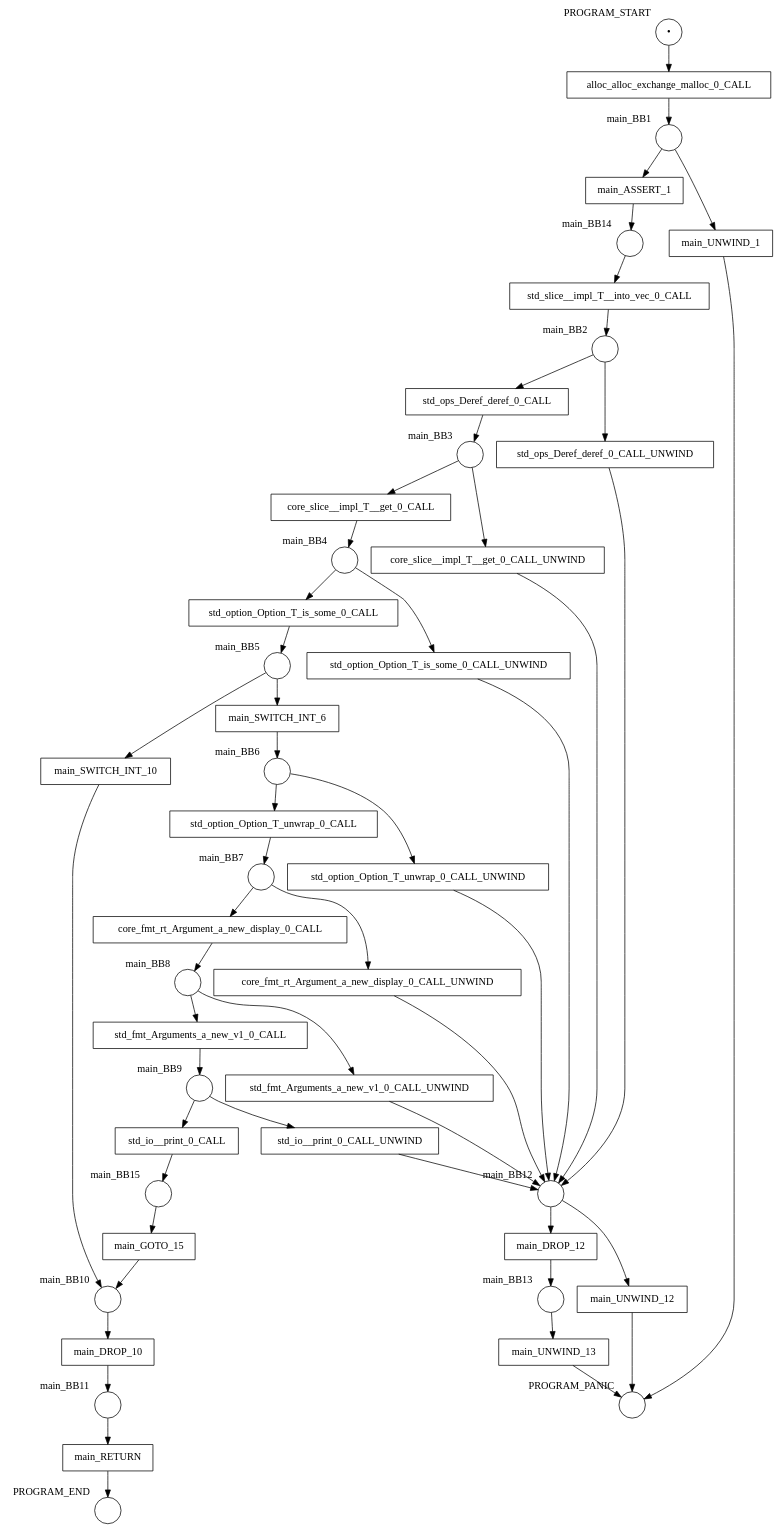
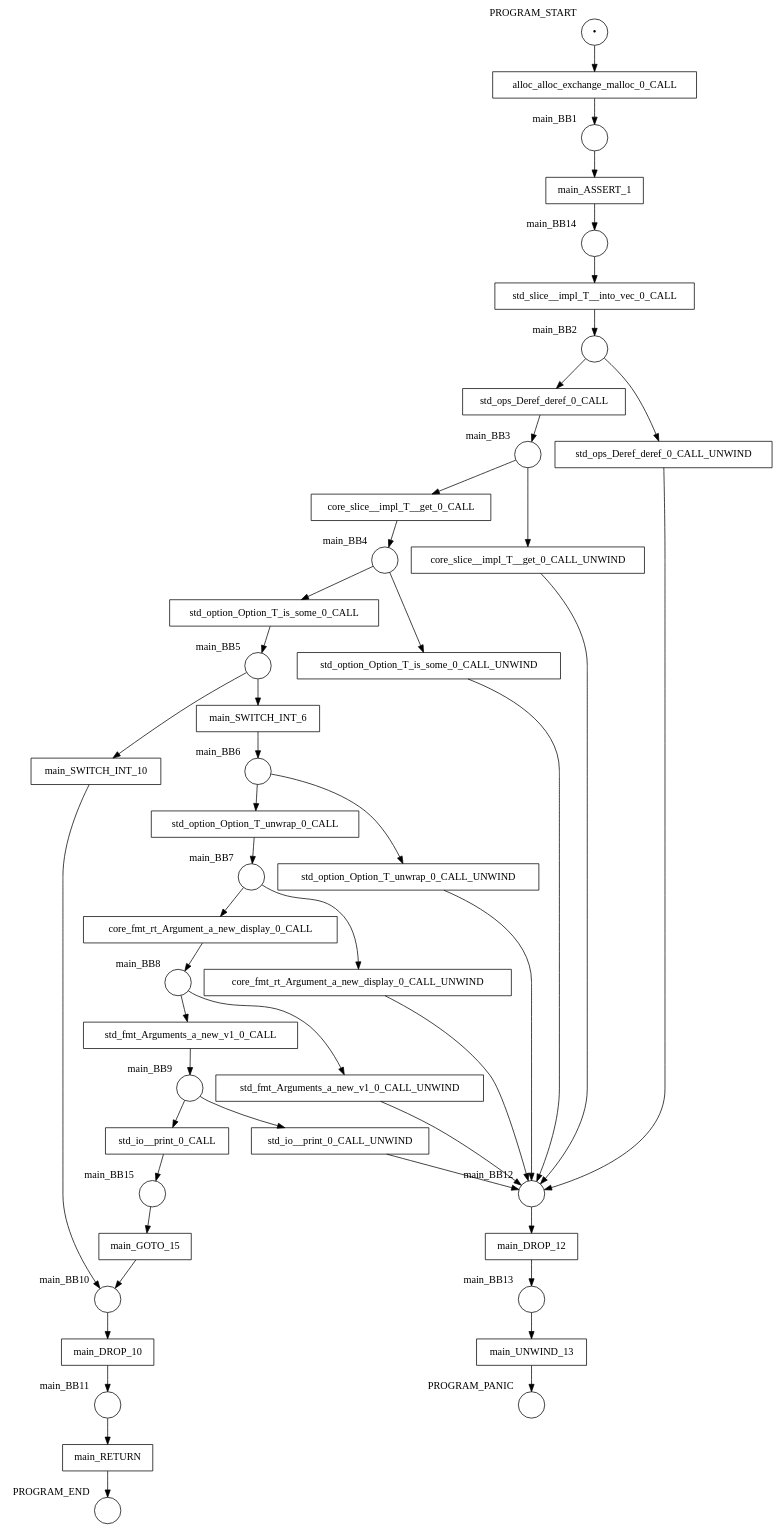
One commit to hlisdero/cargo-check-deadlock changed the diagram in examples/results/statement/option/net.dot. Above: the diagram before and after it, drawn with Graphviz. The commit also changed 38 other files, not shown here.

```diff
--- a/examples/results/statement/option/net.dot
+++ b/examples/results/statement/option/net.dot
@@ -1,98 +1,92 @@
 digraph petrinet {
     PROGRAM_END [shape="circle" xlabel="PROGRAM_END" label=""];
     PROGRAM_PANIC [shape="circle" xlabel="PROGRAM_PANIC" label=""];
     PROGRAM_START [shape="circle" xlabel="PROGRAM_START" label="•"];
     main_BB1 [shape="circle" xlabel="main_BB1" label=""];
     main_BB10 [shape="circle" xlabel="main_BB10" label=""];
     main_BB11 [shape="circle" xlabel="main_BB11" label=""];
     main_BB12 [shape="circle" xlabel="main_BB12" label=""];
     main_BB13 [shape="circle" xlabel="main_BB13" label=""];
     main_BB14 [shape="circle" xlabel="main_BB14" label=""];
     main_BB15 [shape="circle" xlabel="main_BB15" label=""];
     main_BB2 [shape="circle" xlabel="main_BB2" label=""];
     main_BB3 [shape="circle" xlabel="main_BB3" label=""];
     main_BB4 [shape="circle" xlabel="main_BB4" label=""];
     main_BB5 [shape="circle" xlabel="main_BB5" label=""];
     main_BB6 [shape="circle" xlabel="main_BB6" label=""];
     main_BB7 [shape="circle" xlabel="main_BB7" label=""];
     main_BB8 [shape="circle" xlabel="main_BB8" label=""];
     main_BB9 [shape="circle" xlabel="main_BB9" label=""];
     alloc_alloc_exchange_malloc_0_CALL [shape="box" xlabel="" label="alloc_alloc_exchange_malloc_0_CALL"];
     core_fmt_rt_Argument_a_new_display_0_CALL [shape="box" xlabel="" label="core_fmt_rt_Argument_a_new_display_0_CALL"];
     core_fmt_rt_Argument_a_new_display_0_CALL_UNWIND [shape="box" xlabel="" label="core_fmt_rt_Argument_a_new_display_0_CALL_UNWIND"];
     core_slice__impl_T__get_0_CALL [shape="box" xlabel="" label="core_slice__impl_T__get_0_CALL"];
     core_slice__impl_T__get_0_CALL_UNWIND [shape="box" xlabel="" label="core_slice__impl_T__get_0_CALL_UNWIND"];
     main_ASSERT_1 [shape="box" xlabel="" label="main_ASSERT_1"];
     main_DROP_10 [shape="box" xlabel="" label="main_DROP_10"];
     main_DROP_12 [shape="box" xlabel="" label="main_DROP_12"];
     main_GOTO_15 [shape="box" xlabel="" label="main_GOTO_15"];
     main_RETURN [shape="box" xlabel="" label="main_RETURN"];
     main_SWITCH_INT_10 [shape="box" xlabel="" label="main_SWITCH_INT_10"];
     main_SWITCH_INT_6 [shape="box" xlabel="" label="main_SWITCH_INT_6"];
-    main_UNWIND_1 [shape="box" xlabel="" label="main_UNWIND_1"];
-    main_UNWIND_12 [shape="box" xlabel="" label="main_UNWIND_12"];
     main_UNWIND_13 [shape="box" xlabel="" label="main_UNWIND_13"];
     std_fmt_Arguments_a_new_v1_0_CALL [shape="box" xlabel="" label="std_fmt_Arguments_a_new_v1_0_CALL"];
     std_fmt_Arguments_a_new_v1_0_CALL_UNWIND [shape="box" xlabel="" label="std_fmt_Arguments_a_new_v1_0_CALL_UNWIND"];
     std_io__print_0_CALL [shape="box" xlabel="" label="std_io__print_0_CALL"];
     std_io__print_0_CALL_UNWIND [shape="box" xlabel="" label="std_io__print_0_CALL_UNWIND"];
     std_ops_Deref_deref_0_CALL [shape="box" xlabel="" label="std_ops_Deref_deref_0_CALL"];
     std_ops_Deref_deref_0_CALL_UNWIND [shape="box" xlabel="" label="std_ops_Deref_deref_0_CALL_UNWIND"];
     std_option_Option_T_is_some_0_CALL [shape="box" xlabel="" label="std_option_Option_T_is_some_0_CALL"];
     std_option_Option_T_is_some_0_CALL_UNWIND [shape="box" xlabel="" label="std_option_Option_T_is_some_0_CALL_UNWIND"];
     std_option_Option_T_unwrap_0_CALL [shape="box" xlabel="" label="std_option_Option_T_unwrap_0_CALL"];
     std_option_Option_T_unwrap_0_CALL_UNWIND [shape="box" xlabel="" label="std_option_Option_T_unwrap_0_CALL_UNWIND"];
     std_slice__impl_T__into_vec_0_CALL [shape="box" xlabel="" label="std_slice__impl_T__into_vec_0_CALL"];
     PROGRAM_START -> alloc_alloc_exchange_malloc_0_CALL;
     main_BB1 -> main_ASSERT_1;
-    main_BB1 -> main_UNWIND_1;
     main_BB10 -> main_DROP_10;
     main_BB11 -> main_RETURN;
     main_BB12 -> main_DROP_12;
-    main_BB12 -> main_UNWIND_12;
     main_BB13 -> main_UNWIND_13;
     main_BB14 -> std_slice__impl_T__into_vec_0_CALL;
     main_BB15 -> main_GOTO_15;
     main_BB2 -> std_ops_Deref_deref_0_CALL;
     main_BB2 -> std_ops_Deref_deref_0_CALL_UNWIND;
     main_BB3 -> core_slice__impl_T__get_0_CALL;
     main_BB3 -> core_slice__impl_T__get_0_CALL_UNWIND;
     main_BB4 -> std_option_Option_T_is_some_0_CALL;
     main_BB4 -> std_option_Option_T_is_some_0_CALL_UNWIND;
     main_BB5 -> main_SWITCH_INT_10;
     main_BB5 -> main_SWITCH_INT_6;
     main_BB6 -> std_option_Option_T_unwrap_0_CALL;
     main_BB6 -> std_option_Option_T_unwrap_0_CALL_UNWIND;
     main_BB7 -> core_fmt_rt_Argument_a_new_display_0_CALL;
     main_BB7 -> core_fmt_rt_Argument_a_new_display_0_CALL_UNWIND;
     main_BB8 -> std_fmt_Arguments_a_new_v1_0_CALL;
     main_BB8 -> std_fmt_Arguments_a_new_v1_0_CALL_UNWIND;
     main_BB9 -> std_io__print_0_CALL;
     main_BB9 -> std_io__print_0_CALL_UNWIND;
     alloc_alloc_exchange_malloc_0_CALL -> main_BB1;
     core_fmt_rt_Argument_a_new_display_0_CALL -> main_BB8;
     core_fmt_rt_Argument_a_new_display_0_CALL_UNWIND -> main_BB12;
     core_slice__impl_T__get_0_CALL -> main_BB4;
     core_slice__impl_T__get_0_CALL_UNWIND -> main_BB12;
     main_ASSERT_1 -> main_BB14;
     main_DROP_10 -> main_BB11;
     main_DROP_12 -> main_BB13;
     main_GOTO_15 -> main_BB10;
     main_RETURN -> PROGRAM_END;
     main_SWITCH_INT_10 -> main_BB10;
     main_SWITCH_INT_6 -> main_BB6;
-    main_UNWIND_1 -> PROGRAM_PANIC;
-    main_UNWIND_12 -> PROGRAM_PANIC;
     main_UNWIND_13 -> PROGRAM_PANIC;
     std_fmt_Arguments_a_new_v1_0_CALL -> main_BB9;
     std_fmt_Arguments_a_new_v1_0_CALL_UNWIND -> main_BB12;
     std_io__print_0_CALL -> main_BB15;
     std_io__print_0_CALL_UNWIND -> main_BB12;
     std_ops_Deref_deref_0_CALL -> main_BB3;
     std_ops_Deref_deref_0_CALL_UNWIND -> main_BB12;
     std_option_Option_T_is_some_0_CALL -> main_BB5;
     std_option_Option_T_is_some_0_CALL_UNWIND -> main_BB12;
     std_option_Option_T_unwrap_0_CALL -> main_BB7;
     std_option_Option_T_unwrap_0_CALL_UNWIND -> main_BB12;
     std_slice__impl_T__into_vec_0_CALL -> main_BB2;
 }
```
